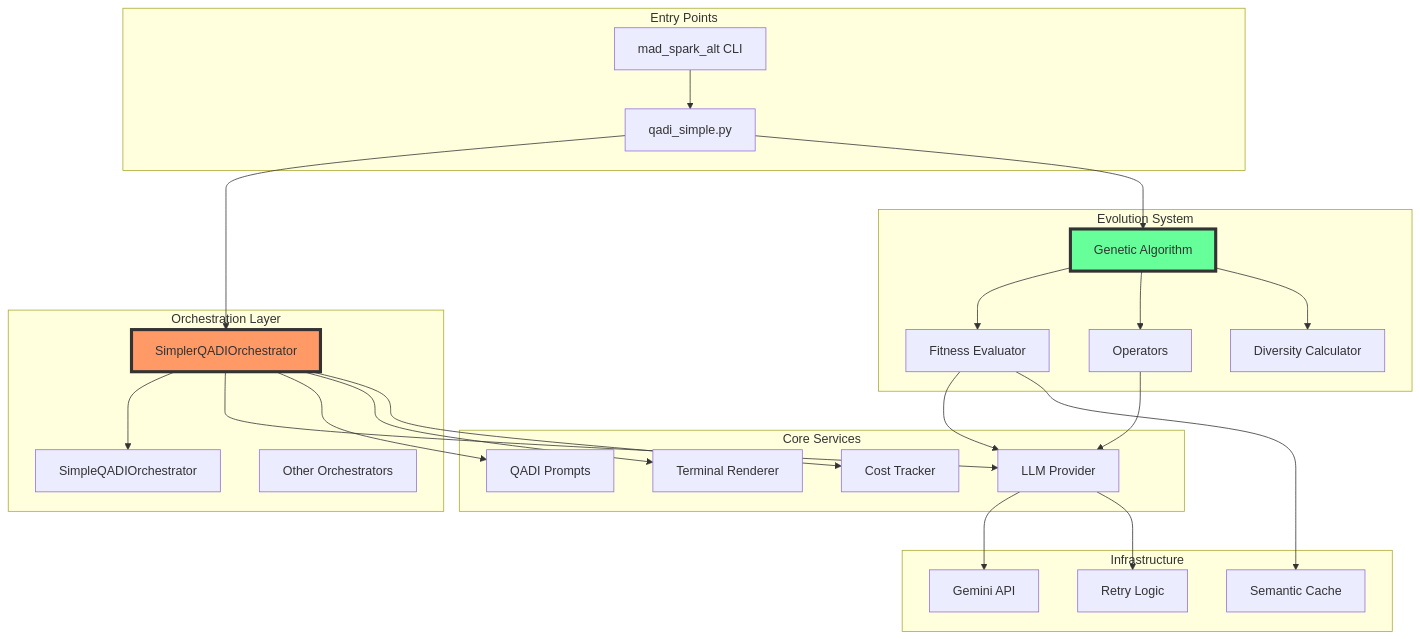
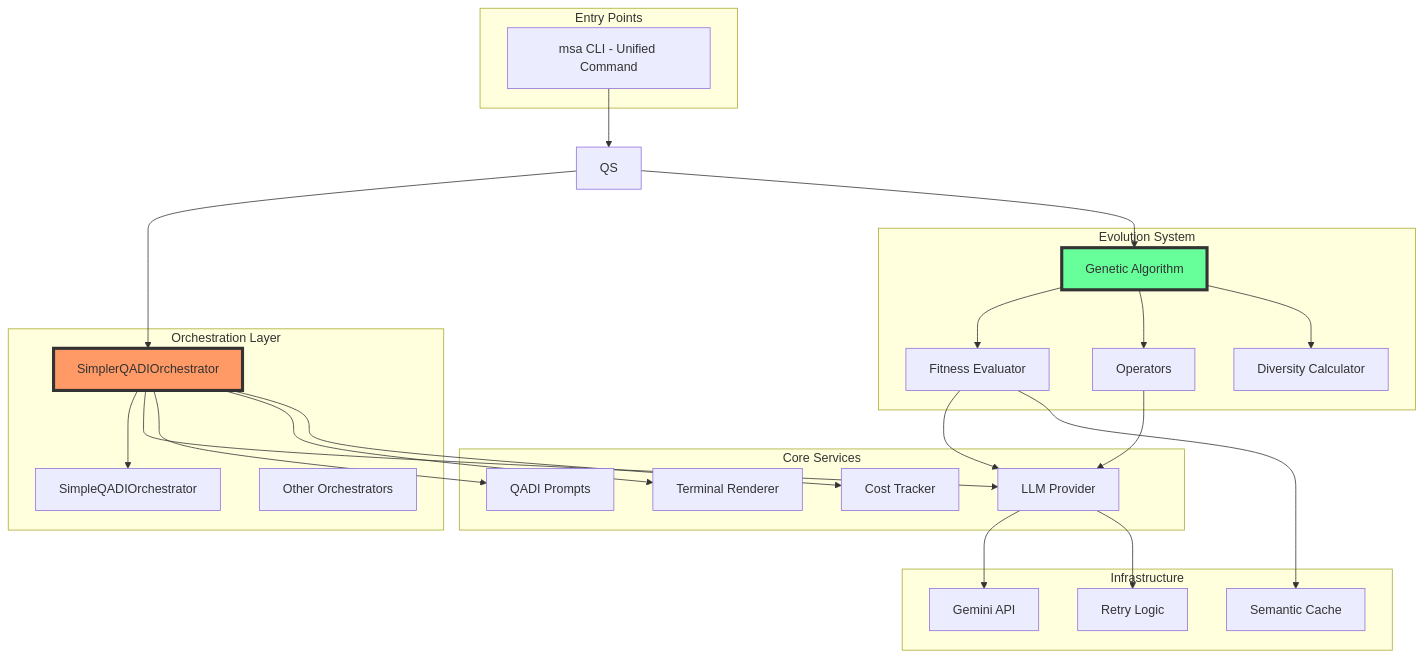
Before and after one commit to TheIllusionOfLife/mad_spark_alt: the second of 5 diagrams in ARCHITECTURE.md, drawn with Mermaid. The commit also changed other lines of this file and 27 other files, not shown here.

First line of the commit message:
feat: unify CLI under 'msa' command with default QADI behavior

````diff
--- a/ARCHITECTURE.md
+++ b/ARCHITECTURE.md
@@ -168,56 +169,55 @@
 ```mermaid
 graph TD
     subgraph "Entry Points"
-        CLI[mad_spark_alt CLI]
-        QS[qadi_simple.py]
+        CLI[msa CLI - Unified Command]
     end
-    
+
     subgraph "Orchestration Layer"
         SO[SimplerQADIOrchestrator]
         SMO[SimpleQADIOrchestrator]
         Other[Other Orchestrators]
     end
-    
+
     subgraph "Core Services"
         LLM[LLM Provider]
         COST[Cost Tracker]
         PROMPT[QADI Prompts]
         RENDER[Terminal Renderer]
     end
     
     subgraph "Evolution System"
         GA[Genetic Algorithm]
         FIT[Fitness Evaluator]
         OPS[Operators]
         DIV[Diversity Calculator]
     end
     
     subgraph "Infrastructure"
         GEMINI[Gemini API]
         CACHE[Semantic Cache]
         RETRY[Retry Logic]
     end
     
     CLI --> QS
     QS --> SO
     SO --> SMO
     SO --> LLM
     SO --> PROMPT
     SO --> RENDER
     SO --> COST
     
     QS --> GA
     GA --> FIT
     GA --> OPS
     GA --> DIV
     
     LLM --> GEMINI
     FIT --> LLM
     OPS --> LLM
     
     LLM --> RETRY
     FIT --> CACHE
     
     style SO fill:#f96,stroke:#333,stroke-width:4px
     style GA fill:#6f9,stroke:#333,stroke-width:4px
 ```
````
